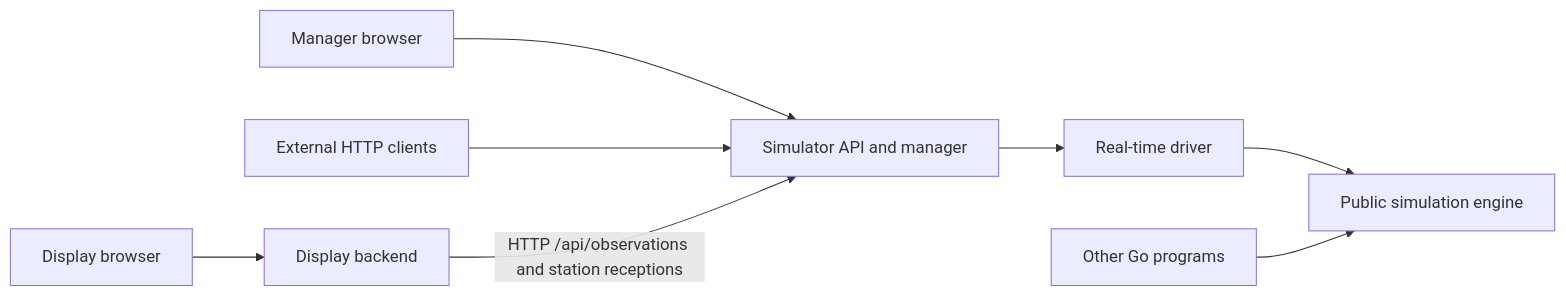
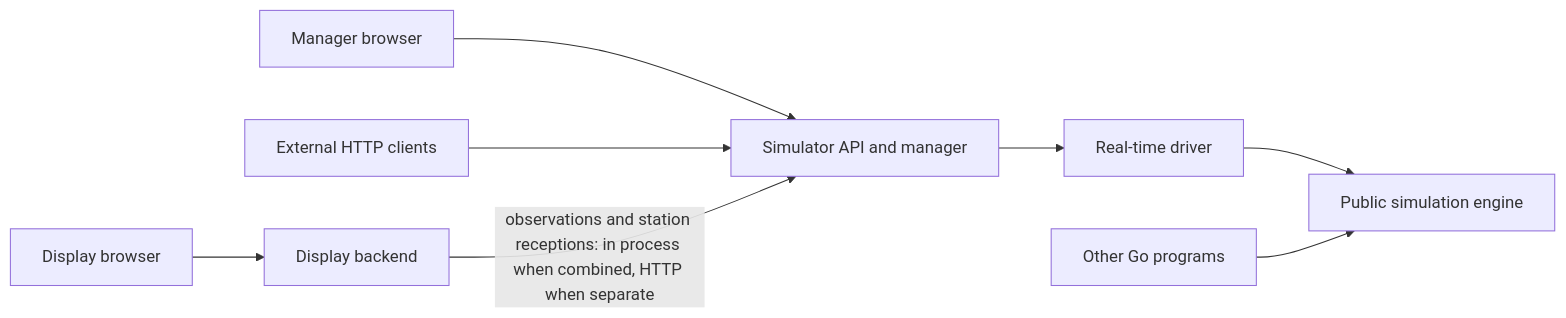
One commit to miroslav-matejovsky/ais-test-bench changed the diagram in README.md. Above: the diagram before and after it, drawn with Mermaid. The commit also changed other lines of this file and 164 other files, not shown here.

````diff
--- a/README.md
+++ b/README.md
@@ -73,10 +81,10 @@
 ```mermaid
 flowchart LR
     Manager[Manager browser] --> Simulator[Simulator API and manager]
     External[External HTTP clients] --> Simulator
     Simulator --> Driver[Real-time driver]
     Driver --> Engine[Public simulation engine]
     GoPrograms[Other Go programs] --> Engine
     DisplayBrowser[Display browser] --> Display[Display backend]
-    Display -- HTTP /api/observations and station receptions --> Simulator
+    Display -- observations and station receptions: in process when combined, HTTP when separate --> Simulator
 ```
````
